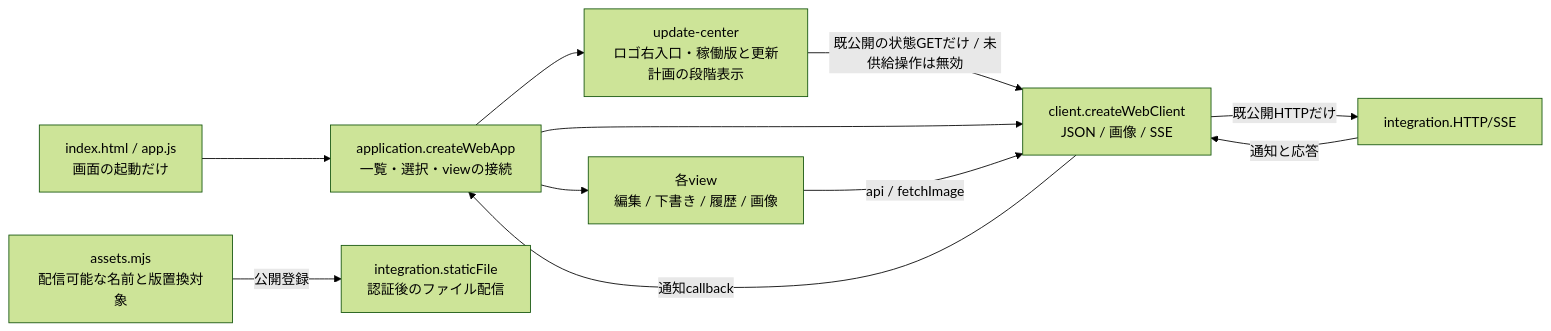
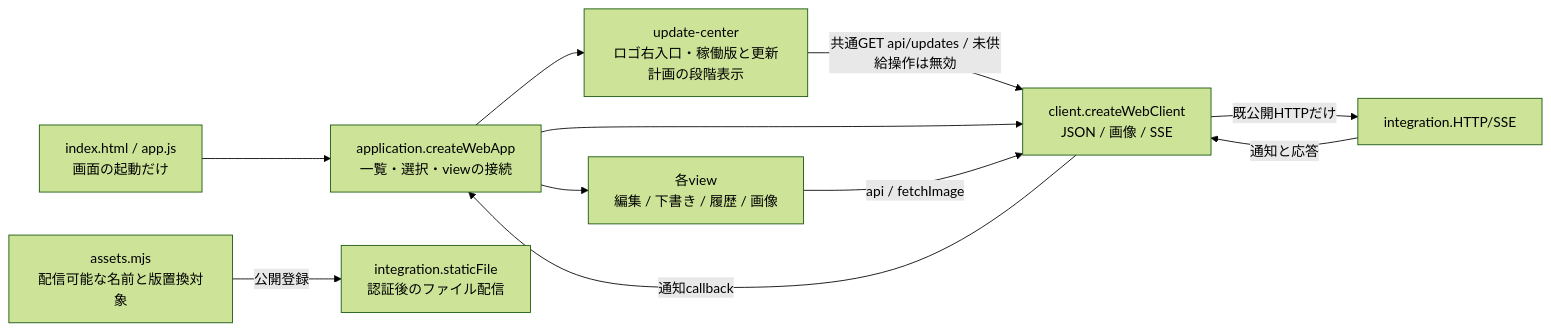
The diagram in docs/architecture/modules/web/README.md (kitepon/BellTeam), drawn with Mermaid (forest theme) before and after one commit. The commit also changed other lines of this file and 5 other files, not shown here.

````diff
--- a/docs/architecture/modules/web/README.md
+++ b/docs/architecture/modules/web/README.md
@@ -9,13 +9,13 @@
 ```mermaid
 flowchart LR
   Browser["index.html / app.js<br/>画面の起動だけ"] --> Application["application.createWebApp<br/>一覧・選択・viewの接続"]
   Application --> Views["各view<br/>編集 / 下書き / 履歴 / 画像"]
   Application --> Updates["update-center<br/>ロゴ右入口・稼働版と更新計画の段階表示"]
-  Updates -->|"既公開の状態GETだけ / 未供給操作は無効"| Client
+  Updates -->|"共通GET api/updates / 未供給操作は無効"| Client
   Application --> Client["client.createWebClient<br/>JSON / 画像 / SSE"]
   Views -->|"api / fetchImage"| Client
   Client -->|"既公開HTTPだけ"| Integration["integration.HTTP/SSE"]
   Integration -->|"通知と応答"| Client
   Client -->|"通知callback"| Application
   Assets["assets.mjs<br/>配信可能な名前と版置換対象"] -->|"公開登録"| Static["integration.staticFile<br/>認証後のファイル配信"]
 ```
````
